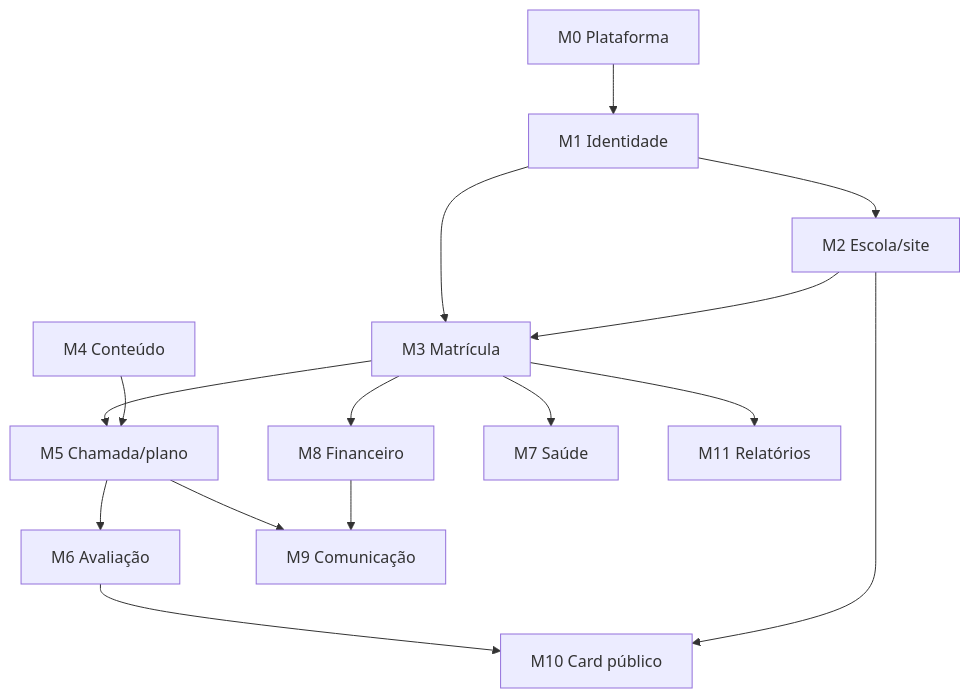
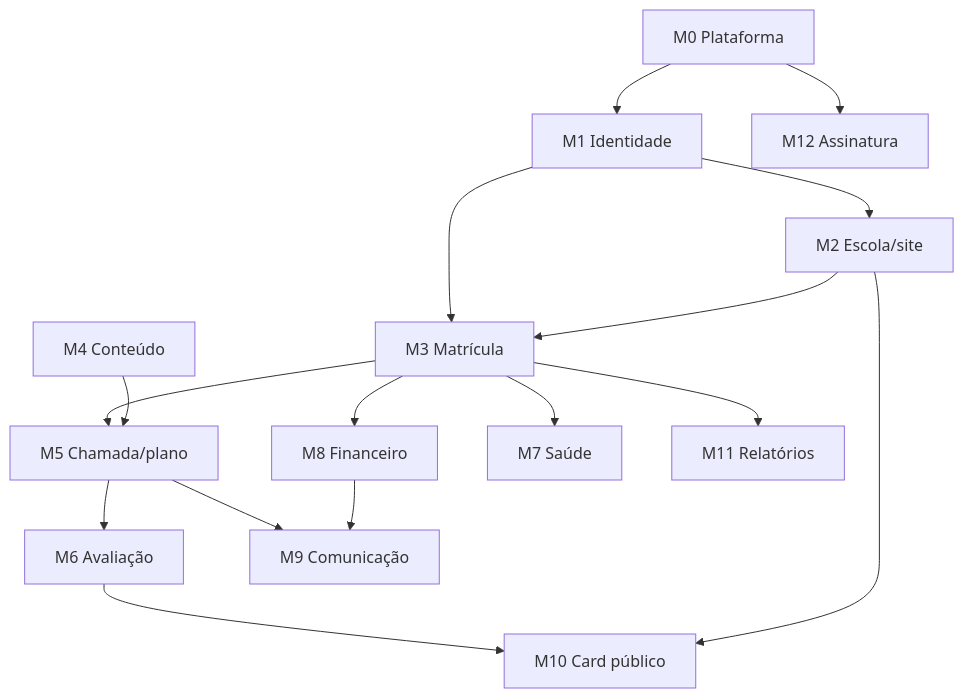
The diagram in docs/04-modulos.md (Autoric-Automation-Systems/nextgen), drawn with Mermaid before and after one commit. The commit also changed other lines of this file and 44 other files, not shown here.

````diff
--- a/docs/04-modulos.md
+++ b/docs/04-modulos.md
@@ -270,17 +302,18 @@
 ```mermaid
 flowchart TD
     M0[M0 Plataforma] --> M1[M1 Identidade]
     M1 --> M2[M2 Escola/site]
     M1 --> M3[M3 Matrícula]
     M2 --> M3
     M3 --> M5[M5 Chamada/plano]
     M3 --> M8[M8 Financeiro]
     M3 --> M7[M7 Saúde]
     M5 --> M6[M6 Avaliação]
     M6 --> M10[M10 Card público]
     M2 --> M10
     M4[M4 Conteúdo] --> M5
     M5 --> M9[M9 Comunicação]
     M8 --> M9
     M3 --> M11[M11 Relatórios]
+    M0 --> M12[M12 Assinatura]
 ```
````
